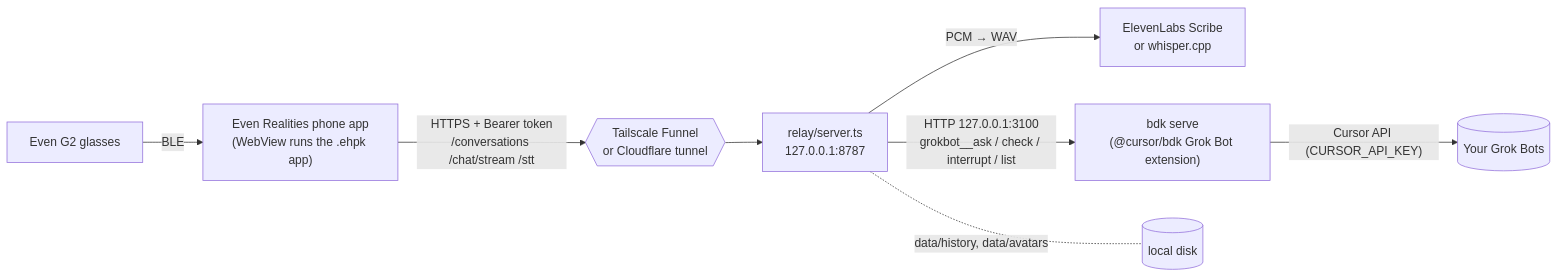
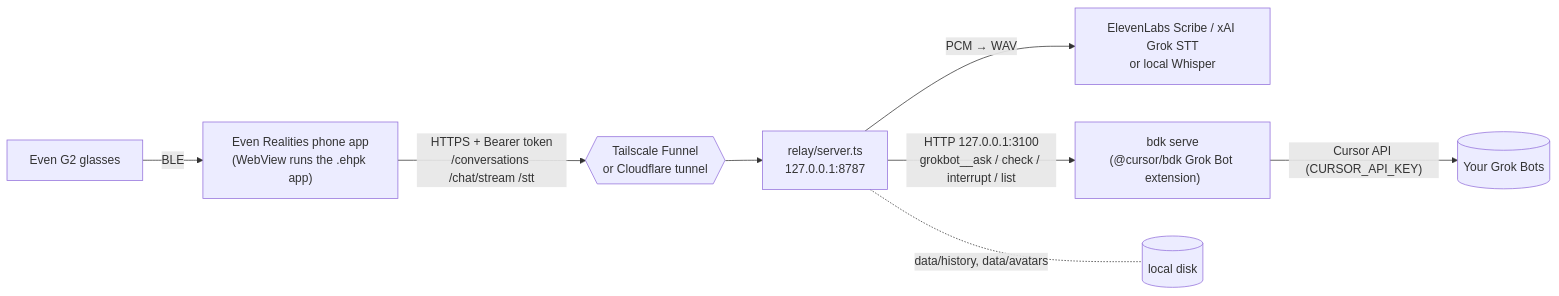
Before and after one commit to SergioAppen/grokbot-g2: the diagram in README.md, drawn with Mermaid. The commit also changed other lines of this file and 19 other files, not shown here.

Commit message:
STT providers (ElevenLabs, xAI Grok STT, local Whisper) with fallback; write-only in-app voice settings; detailed GROK.md (v0.5.0)

````diff
--- a/README.md
+++ b/README.md
@@ -57,10 +63,10 @@
 ```mermaid
 flowchart LR
   G[Even G2 glasses] -- BLE --> P["Even Realities phone app<br/>(WebView runs the .ehpk app)"]
   P -- "HTTPS + Bearer token<br/>/conversations /chat/stream /stt" --> T{{"Tailscale Funnel<br/>or Cloudflare tunnel"}}
   T --> R["relay/server.ts<br/>127.0.0.1:8787"]
-  R -- "PCM → WAV" --> S["ElevenLabs Scribe<br/>or whisper.cpp"]
+  R -- "PCM → WAV" --> S["ElevenLabs Scribe / xAI Grok STT<br/>or local Whisper"]
   R -- "HTTP 127.0.0.1:3100<br/>grokbot__ask / check / interrupt / list" --> B["bdk serve<br/>(@cursor/bdk Grok Bot extension)"]
   B -- "Cursor API (CURSOR_API_KEY)" --> GB[(Your Grok Bots)]
   R -. "data/history, data/avatars" .- D[(local disk)]
 ```
````
